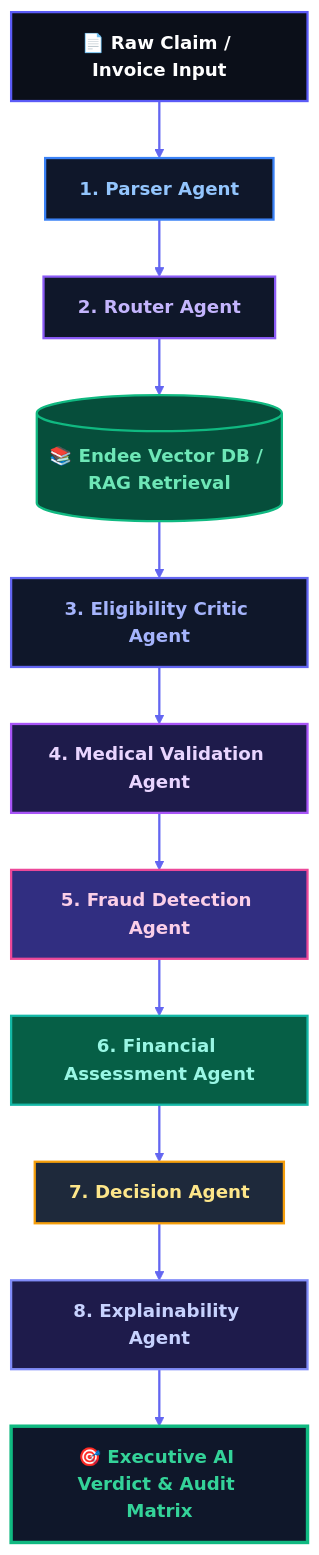
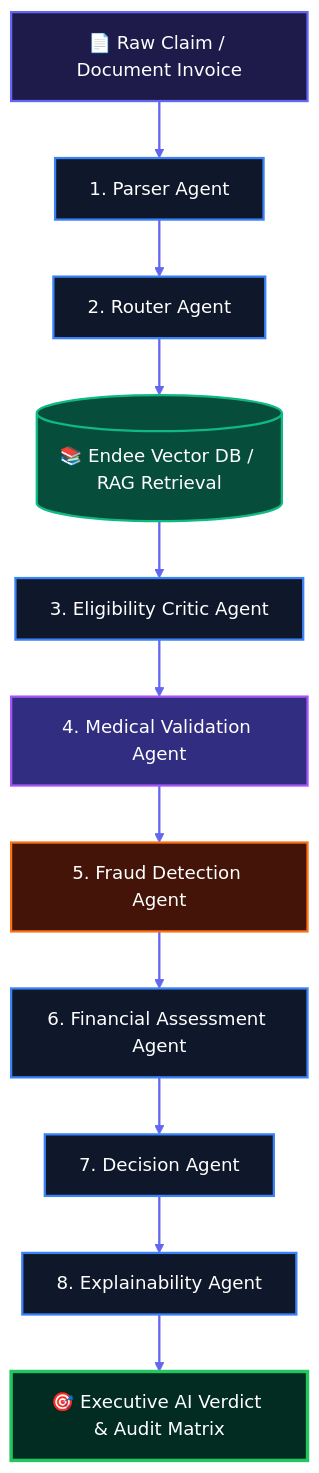
One commit to Naresh5885/failureaware-ai changed the diagram in README.md. Above: the diagram before and after it, drawn with Mermaid. The commit also changed 1 other file, not shown here.

Commit message:
Feat: Complete 8-Agent Architecture, RAG Vector Ingestion, Batch KPI Matrix, and Vibrant Dark README

````diff
--- a/README.md
+++ b/README.md
@@ -41,27 +41,22 @@
 ```mermaid
 graph TD
-    classDef startNode fill:#0b0f19,stroke:#5b5bf6,stroke-width:2px,color:#ffffff,font-weight:bold;
-    classDef parserNode fill:#0f172a,stroke:#3b82f6,stroke-width:2px,color:#93c5fd,font-weight:bold;
-    classDef routerNode fill:#0f172a,stroke:#8b5cf6,stroke-width:2px,color:#c4b5fd,font-weight:bold;
-    classDef ragNode fill:#064e3b,stroke:#10b981,stroke-width:2px,color:#6ee7b7,font-weight:bold;
-    classDef criticNode fill:#0f172a,stroke:#6366f1,stroke-width:2px,color:#a5b4fc,font-weight:bold;
-    classDef medNode fill:#1e1b4b,stroke:#a855f7,stroke-width:2px,color:#e9d5ff,font-weight:bold;
-    classDef fraudNode fill:#312e81,stroke:#ec4899,stroke-width:2px,color:#fbcfe8,font-weight:bold;
-    classDef finNode fill:#065f46,stroke:#14b8a6,stroke-width:2px,color:#99f6e4,font-weight:bold;
-    classDef decisionNode fill:#1e293b,stroke:#f59e0b,stroke-width:2px,color:#fde68a,font-weight:bold;
-    classDef expNode fill:#1e1b4b,stroke:#818cf8,stroke-width:2px,color:#c7d2fe,font-weight:bold;
-    classDef resultNode fill:#0f172a,stroke:#10b981,stroke-width:3px,color:#34d399,font-weight:bold;
+    classDef inputNode fill:#1e1b4b,stroke:#6366f1,stroke-width:2px,color:#ffffff;
+    classDef agentNode fill:#0f172a,stroke:#3b82f6,stroke-width:2px,color:#ffffff;
+    classDef dbNode fill:#064e3b,stroke:#10b981,stroke-width:2px,color:#ffffff;
+    classDef fraudNode fill:#431407,stroke:#f97316,stroke-width:2px,color:#ffffff;
+    classDef alertNode fill:#312e81,stroke:#a855f7,stroke-width:2px,color:#ffffff;
+    classDef successNode fill:#022c22,stroke:#22c55e,stroke-width:3px,color:#ffffff;
 
-    A[📄 Raw Claim / Invoice Input]:::startNode --> B[1. Parser Agent]:::parserNode
-    B --> C[2. Router Agent]:::routerNode
-    C --> D[(📚 Endee Vector DB / RAG Retrieval)]:::ragNode
-    D --> E[3. Eligibility Critic Agent]:::criticNode
-    E --> F[4. Medical Validation Agent]:::medNode
-    F --> G[5. Fraud Detection Agent]:::fraudNode
-    G --> H[6. Financial Assessment Agent]:::finNode
-    H --> I[7. Decision Agent]:::decisionNode
-    I --> J[8. Explainability Agent]:::expNode
-    J --> K[🎯 Executive AI Verdict & Audit Matrix]:::resultNode
+    A["📄 Raw Claim / Document Invoice"]:::inputNode --> B["1. Parser Agent"]:::agentNode
+    B --> C["2. Router Agent"]:::agentNode
+    C --> D[("📚 Endee Vector DB / RAG Retrieval")]:::dbNode
+    D --> E["3. Eligibility Critic Agent"]:::agentNode
+    E --> F["4. Medical Validation Agent"]:::alertNode
+    F --> G["5. Fraud Detection Agent"]:::fraudNode
+    G --> H["6. Financial Assessment Agent"]:::agentNode
+    H --> I["7. Decision Agent"]:::agentNode
+    I --> J["8. Explainability Agent"]:::agentNode
+    J --> K["🎯 Executive AI Verdict & Audit Matrix"]:::successNode
 
     linkStyle default stroke:#6366f1,stroke-width:2px;
 ```
````
